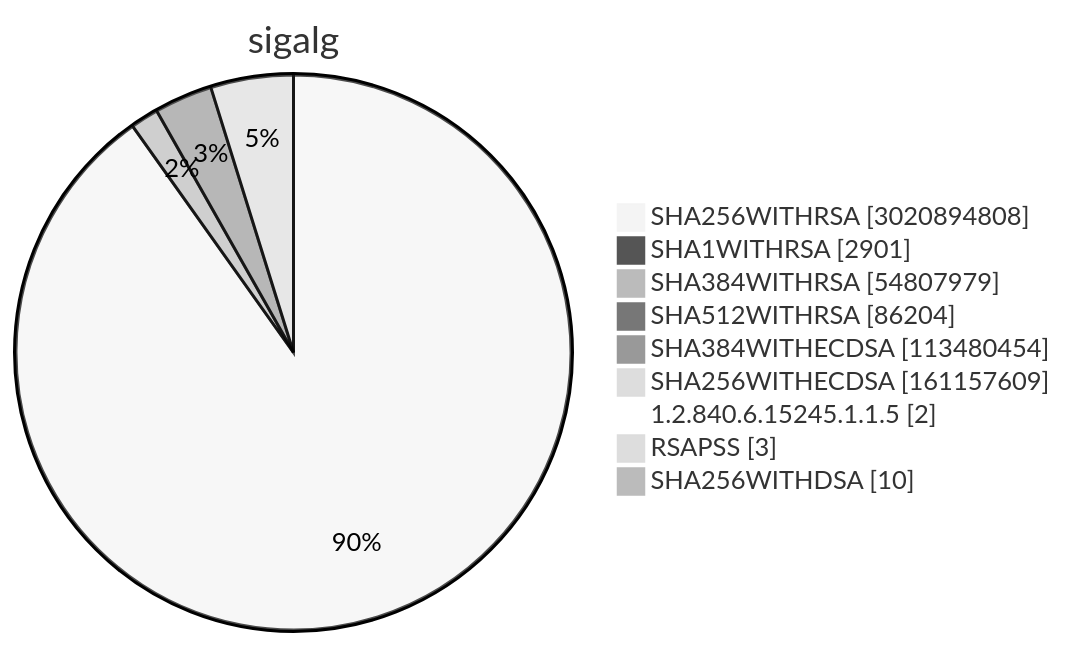
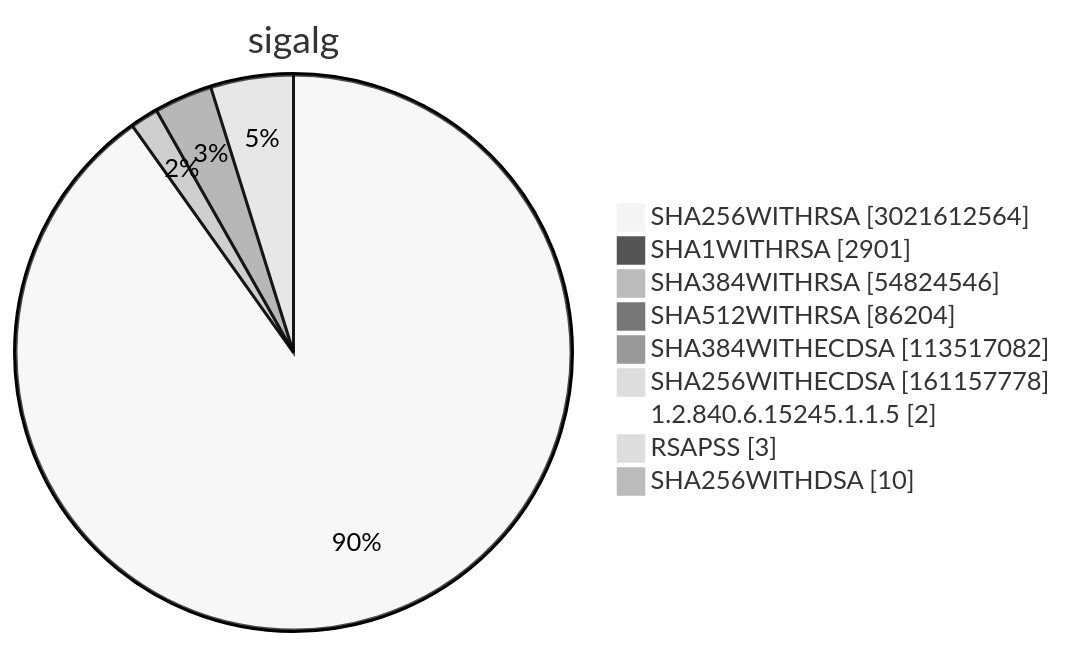
Before and after one commit to christiankrug/ctmonitor_visualization: diagram 15 of 15 in TOTAL/README.md, drawn with Mermaid (neutral theme). The commit also changed other lines of this file, not shown here.

````diff
--- a/TOTAL/README.md
+++ b/TOTAL/README.md
@@ -6208,13 +6208,13 @@
 ```mermaid
 pie showData
 title sigalg
-"SHA256WITHRSA" :3020894808
+"SHA256WITHRSA" :3021612564
 "SHA1WITHRSA" :2901
-"SHA384WITHRSA" :54807979
+"SHA384WITHRSA" :54824546
 "SHA512WITHRSA" :86204
-"SHA384WITHECDSA" :113480454
-"SHA256WITHECDSA" :161157609
+"SHA384WITHECDSA" :113517082
+"SHA256WITHECDSA" :161157778
 "1.2.840.6.15245.1.1.5" :2
 "RSAPSS" :3
 "SHA256WITHDSA" :10
 ```
````
